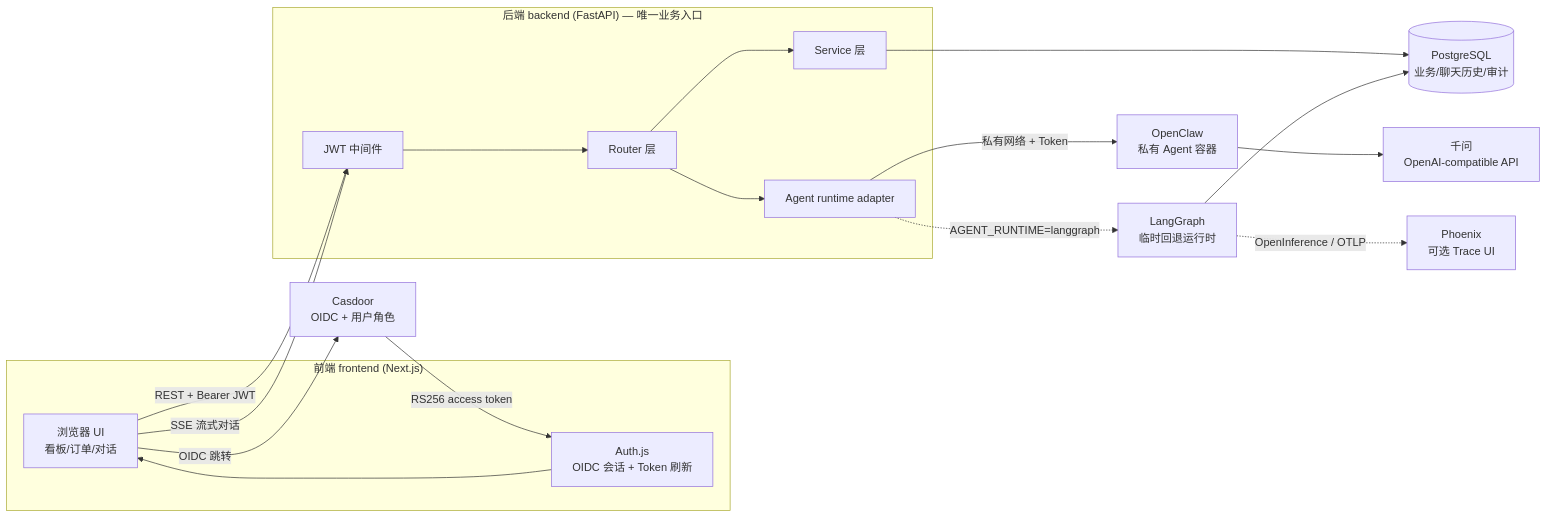
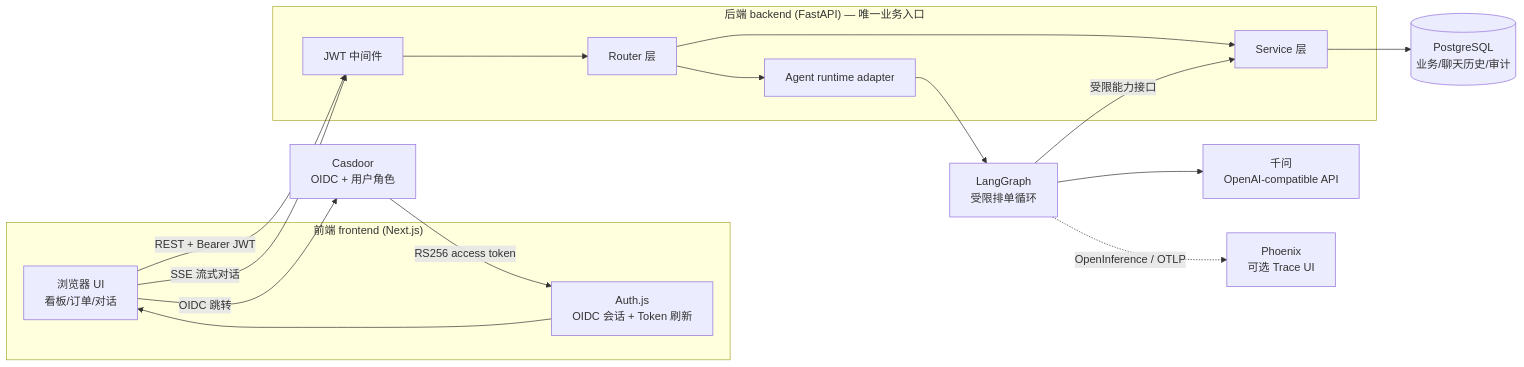
The diagram in README.md (yiqunsu/ZM-OS), drawn with Mermaid before and after one commit. The commit also changed other lines of this file and 378 other files, not shown here.

````diff
--- a/README.md
+++ b/README.md
@@ -19,28 +16,27 @@
 ``` mermaid
 flowchart LR
     subgraph FE["前端 frontend (Next.js)"]
         UI["浏览器 UI<br/>看板/订单/对话"]
         NA["Auth.js<br/>OIDC 会话 + Token 刷新"]
     end
     subgraph BE["后端 backend (FastAPI) — 唯一业务入口"]
         MW["JWT 中间件"]
         R["Router 层"]
         S["Service 层"]
         AR["Agent runtime adapter"]
     end
-    OC["OpenClaw<br/>私有 Agent 容器"]
     CD["Casdoor<br/>OIDC + 用户角色"]
     PG[("PostgreSQL<br/>业务/聊天历史/审计")]
     QW["千问<br/>OpenAI-compatible API"]
-    LG["LangGraph<br/>临时回退运行时"]
+    LG["LangGraph<br/>受限排单循环"]
     PX["Phoenix<br/>可选 Trace UI"]
 
     UI -->|"REST + Bearer JWT"| MW
     UI -->|"SSE 流式对话"| MW
     UI -->|OIDC 跳转| CD
     CD -->|RS256 access token| NA --> UI
     MW --> R --> S --> PG
-    R --> AR -->|"私有网络 + Token"| OC --> QW
-    AR -.->|"AGENT_RUNTIME=langgraph"| LG --> PG
+    R --> AR --> LG --> QW
+    LG -->|受限能力接口| S
     LG -.->|"OpenInference / OTLP"| PX
 ```
````
